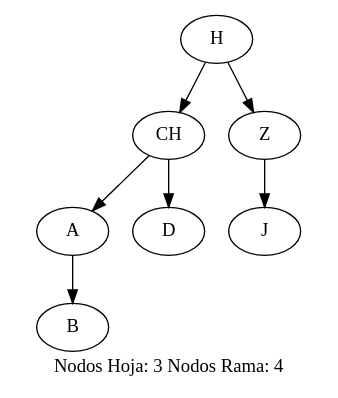
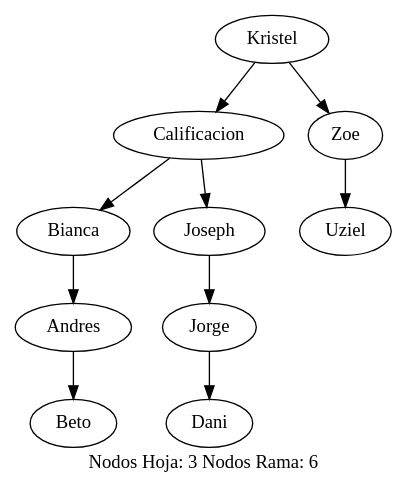
Before and after one commit to ricardcutzh/EDD_Junio: the diagram in Proyectos/Proyecto1/build-Ajedrez3D-Desktop_Qt_5_9_0_MinGW_32bit-Debug/ABB.dot, drawn with Graphviz. The commit also changed 1251 other files, not shown here.

```diff
--- a/Proyectos/Proyecto1/build-Ajedrez3D-Desktop_Qt_5_9_0_MinGW_32bit-Debug/ABB.dot
+++ b/Proyectos/Proyecto1/build-Ajedrez3D-Desktop_Qt_5_9_0_MinGW_32bit-Debug/ABB.dot
@@ -1,16 +1,22 @@
 digraph ABB{
-label="Nodos Hoja: 3 Nodos Rama: 4";
-"H";
-"H"->"CH";
-"H"->"Z";
-"CH";
-"CH"->"A";
-"CH"->"D";
-"A";
-"A"->"B";
-"B";
-"D";
-"Z";
-"Z"->"J";
-"J";
+label="Nodos Hoja: 3 Nodos Rama: 6";
+"Kristel";
+"Kristel"->"Calificacion";
+"Kristel"->"Zoe";
+"Calificacion";
+"Calificacion"->"Bianca";
+"Calificacion"->"Joseph";
+"Bianca";
+"Bianca"->"Andres";
+"Andres";
+"Andres"->"Beto";
+"Beto";
+"Joseph";
+"Joseph"->"Jorge";
+"Jorge";
+"Jorge"->"Dani";
+"Dani";
+"Zoe";
+"Zoe"->"Uziel";
+"Uziel";
 }
```
